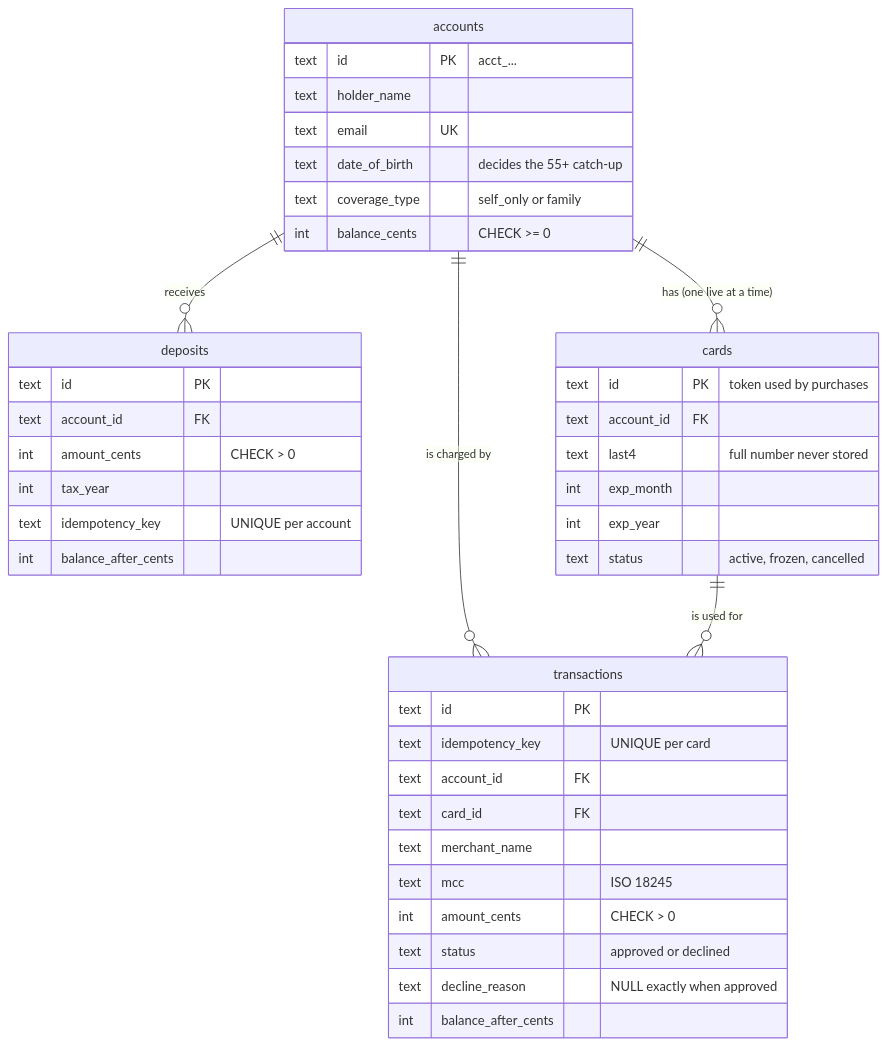
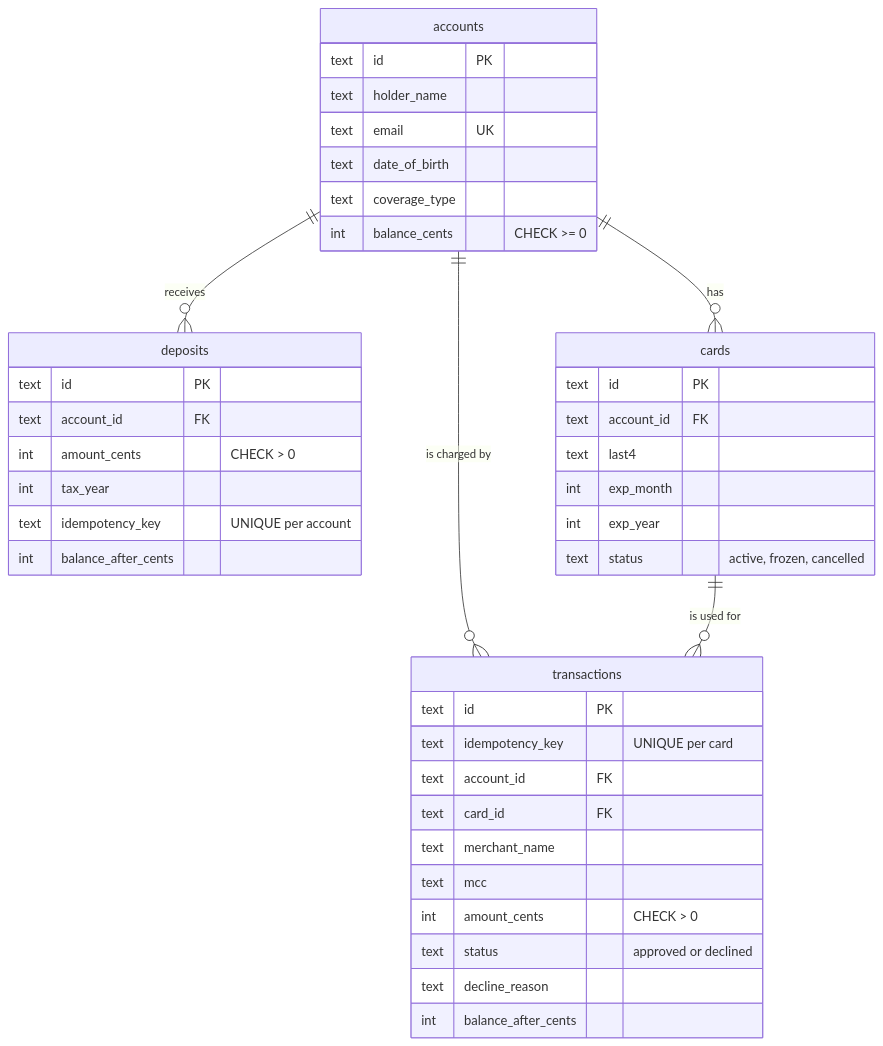
One commit to racheltcp/hsa-platform changed the third of 3 diagrams in architecture.md. Above: the diagram before and after it, drawn with Mermaid. The commit also changed other lines of this file, not shown here.

````diff
--- a/architecture.md
+++ b/architecture.md
@@ -113,44 +127,47 @@
 ```mermaid
 erDiagram
     accounts ||--o{ deposits : receives
-    accounts ||--o{ cards : "has (one live at a time)"
+    accounts ||--o{ cards : "has"
     accounts ||--o{ transactions : "is charged by"
     cards ||--o{ transactions : "is used for"
 
     accounts {
-        text id PK "acct_..."
+        text id PK
         text holder_name
         text email UK
-        text date_of_birth "decides the 55+ catch-up"
-        text coverage_type "self_only or family"
+        text date_of_birth
+        text coverage_type
         int balance_cents "CHECK >= 0"
     }
+
     deposits {
         text id PK
         text account_id FK
         int amount_cents "CHECK > 0"
         int tax_year
         text idempotency_key "UNIQUE per account"
         int balance_after_cents
     }
+
     cards {
-        text id PK "token used by purchases"
+        text id PK
         text account_id FK
-        text last4 "full number never stored"
+        text last4
         int exp_month
         int exp_year
         text status "active, frozen, cancelled"
     }
+
     transactions {
         text id PK
         text idempotency_key "UNIQUE per card"
         text account_id FK
         text card_id FK
         text merchant_name
-        text mcc "ISO 18245"
+        text mcc
         int amount_cents "CHECK > 0"
         text status "approved or declined"
-        text decline_reason "NULL exactly when approved"
+        text decline_reason
         int balance_after_cents
     }
 ```
````
